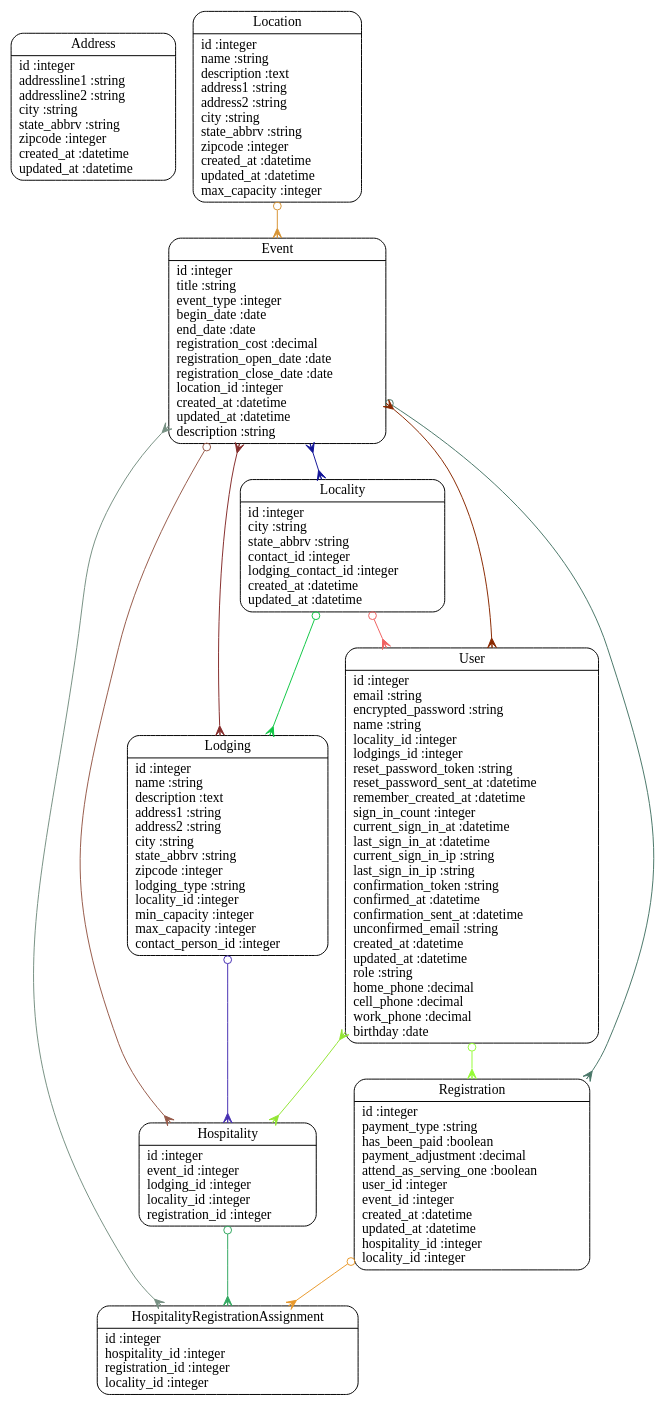
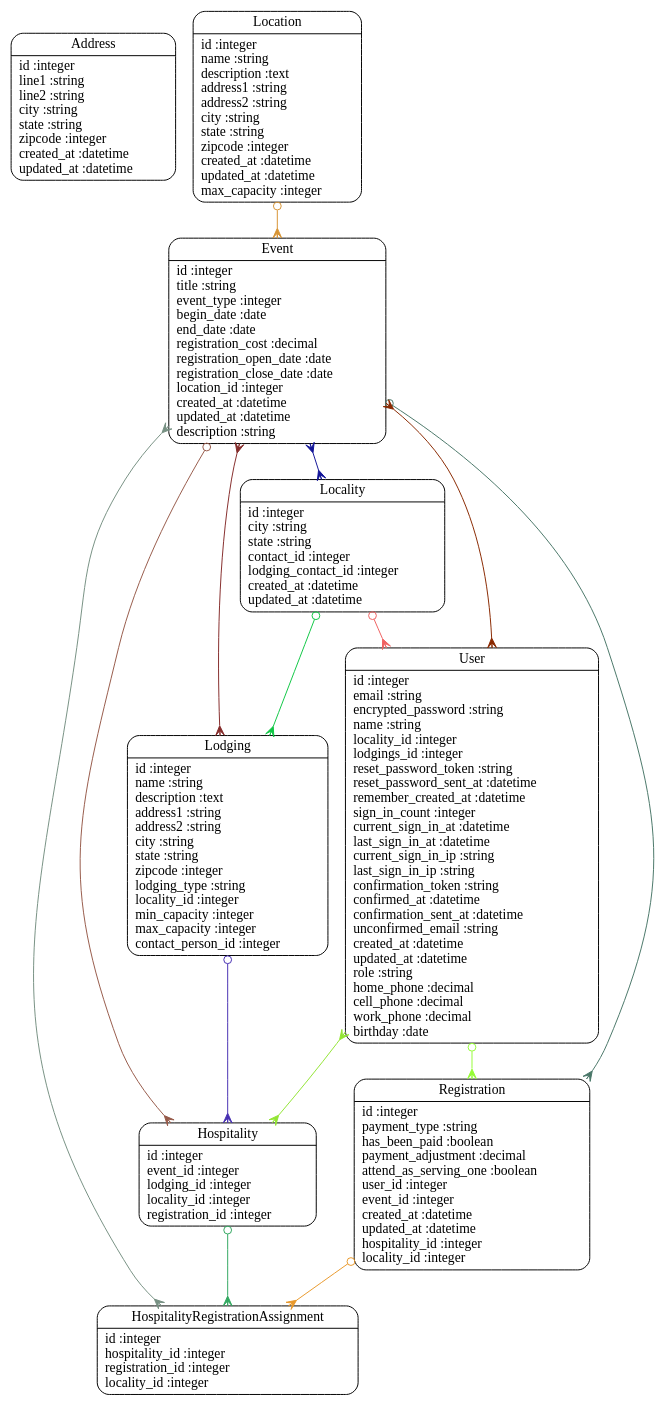
The diagram in models.dot (hdfelix/ypreg), drawn with Graphviz before and after one commit. The commit also changed 133 other files, not shown here.

```diff
--- a/models.dot
+++ b/models.dot
@@ -1,26 +1,26 @@
 digraph models_diagram {
 	graph[overlap=false, splines=true]
-	"Address" [shape=Mrecord, label="{Address|id :integer\laddressline1 :string\laddressline2 :string\lcity :string\lstate_abbrv :string\lzipcode :integer\lcreated_at :datetime\lupdated_at :datetime\l}"]
+	"Address" [shape=Mrecord, label="{Address|id :integer\lline1 :string\lline2 :string\lcity :string\lstate :string\lzipcode :integer\lcreated_at :datetime\lupdated_at :datetime\l}"]
 	"Event" [shape=Mrecord, label="{Event|id :integer\ltitle :string\levent_type :integer\lbegin_date :date\lend_date :date\lregistration_cost :decimal\lregistration_open_date :date\lregistration_close_date :date\llocation_id :integer\lcreated_at :datetime\lupdated_at :datetime\ldescription :string\l}"]
 	"Hospitality" [shape=Mrecord, label="{Hospitality|id :integer\levent_id :integer\llodging_id :integer\llocality_id :integer\lregistration_id :integer\l}"]
 	"HospitalityRegistrationAssignment" [shape=Mrecord, label="{HospitalityRegistrationAssignment|id :integer\lhospitality_id :integer\lregistration_id :integer\llocality_id :integer\l}"]
-	"Locality" [shape=Mrecord, label="{Locality|id :integer\lcity :string\lstate_abbrv :string\lcontact_id :integer\llodging_contact_id :integer\lcreated_at :datetime\lupdated_at :datetime\l}"]
-	"Location" [shape=Mrecord, label="{Location|id :integer\lname :string\ldescription :text\laddress1 :string\laddress2 :string\lcity :string\lstate_abbrv :string\lzipcode :integer\lcreated_at :datetime\lupdated_at :datetime\lmax_capacity :integer\l}"]
-	"Lodging" [shape=Mrecord, label="{Lodging|id :integer\lname :string\ldescription :text\laddress1 :string\laddress2 :string\lcity :string\lstate_abbrv :string\lzipcode :integer\llodging_type :string\llocality_id :integer\lmin_capacity :integer\lmax_capacity :integer\lcontact_person_id :integer\l}"]
+	"Locality" [shape=Mrecord, label="{Locality|id :integer\lcity :string\lstate :string\lcontact_id :integer\llodging_contact_id :integer\lcreated_at :datetime\lupdated_at :datetime\l}"]
+	"Location" [shape=Mrecord, label="{Location|id :integer\lname :string\ldescription :text\laddress1 :string\laddress2 :string\lcity :string\lstate :string\lzipcode :integer\lcreated_at :datetime\lupdated_at :datetime\lmax_capacity :integer\l}"]
+	"Lodging" [shape=Mrecord, label="{Lodging|id :integer\lname :string\ldescription :text\laddress1 :string\laddress2 :string\lcity :string\lstate :string\lzipcode :integer\llodging_type :string\llocality_id :integer\lmin_capacity :integer\lmax_capacity :integer\lcontact_person_id :integer\l}"]
 	"Registration" [shape=Mrecord, label="{Registration|id :integer\lpayment_type :string\lhas_been_paid :boolean\lpayment_adjustment :decimal\lattend_as_serving_one :boolean\luser_id :integer\levent_id :integer\lcreated_at :datetime\lupdated_at :datetime\lhospitality_id :integer\llocality_id :integer\l}"]
 	"User" [shape=Mrecord, label="{User|id :integer\lemail :string\lencrypted_password :string\lname :string\llocality_id :integer\llodgings_id :integer\lreset_password_token :string\lreset_password_sent_at :datetime\lremember_created_at :datetime\lsign_in_count :integer\lcurrent_sign_in_at :datetime\llast_sign_in_at :datetime\lcurrent_sign_in_ip :string\llast_sign_in_ip :string\lconfirmation_token :string\lconfirmed_at :datetime\lconfirmation_sent_at :datetime\lunconfirmed_email :string\lcreated_at :datetime\lupdated_at :datetime\lrole :string\lhome_phone :decimal\lcell_phone :decimal\lwork_phone :decimal\lbirthday :date\l}"]
 	"Event" -> "Registration" [arrowtail=odot, arrowhead=crow, dir=both color="#497768"]
 	"Event" -> "User" [arrowtail=crow, arrowhead=crow, dir=both color="#892901"]
 	"Event" -> "Locality" [arrowtail=crow, arrowhead=crow, dir=both color="#121498"]
 	"Event" -> "Hospitality" [arrowtail=odot, arrowhead=crow, dir=both color="#975A49"]
 	"Event" -> "Lodging" [arrowtail=crow, arrowhead=crow, dir=both color="#852C2B"]
 	"Event" -> "HospitalityRegistrationAssignment" [arrowtail=crow, arrowhead=crow, dir=both color="#779083"]
 	"Hospitality" -> "HospitalityRegistrationAssignment" [arrowtail=odot, arrowhead=crow, dir=both color="#32A860"]
 	"Locality" -> "User" [arrowtail=odot, arrowhead=crow, dir=both color="#EF6060"]
 	"Locality" -> "Lodging" [arrowtail=odot, arrowhead=crow, dir=both color="#0FC744"]
 	"Location" -> "Event" [arrowtail=odot, arrowhead=crow, dir=both color="#D79434"]
 	"Lodging" -> "Hospitality" [arrowtail=odot, arrowhead=crow, dir=both color="#4730B2"]
 	"Registration" -> "HospitalityRegistrationAssignment" [arrowtail=odot, arrowhead=crow, dir=both color="#E9992B"]
 	"User" -> "Registration" [arrowtail=odot, arrowhead=crow, dir=both color="#96FC37"]
 	"User" -> "Hospitality" [arrowtail=crow, arrowhead=crow, dir=both color="#93E534"]
 }
```
